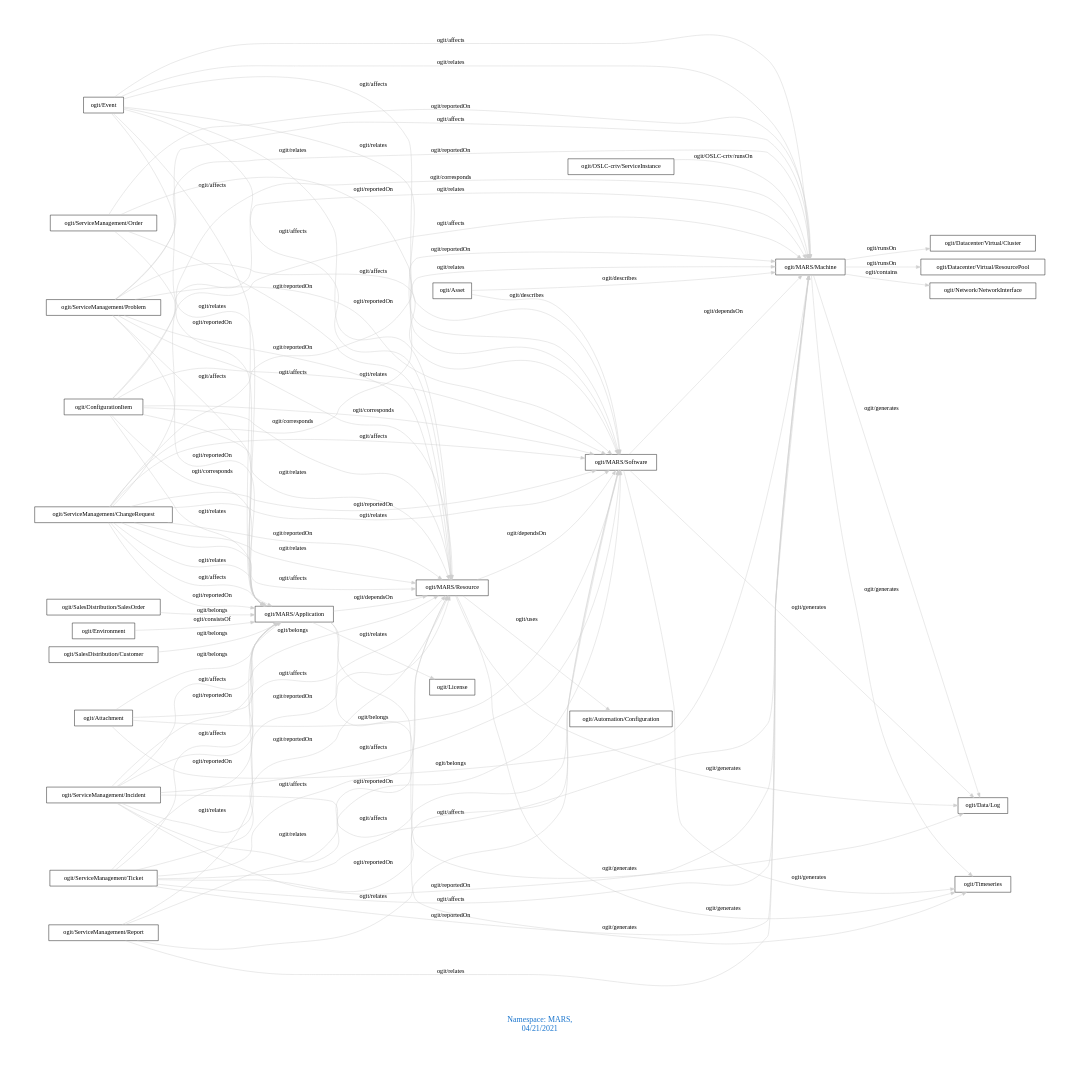
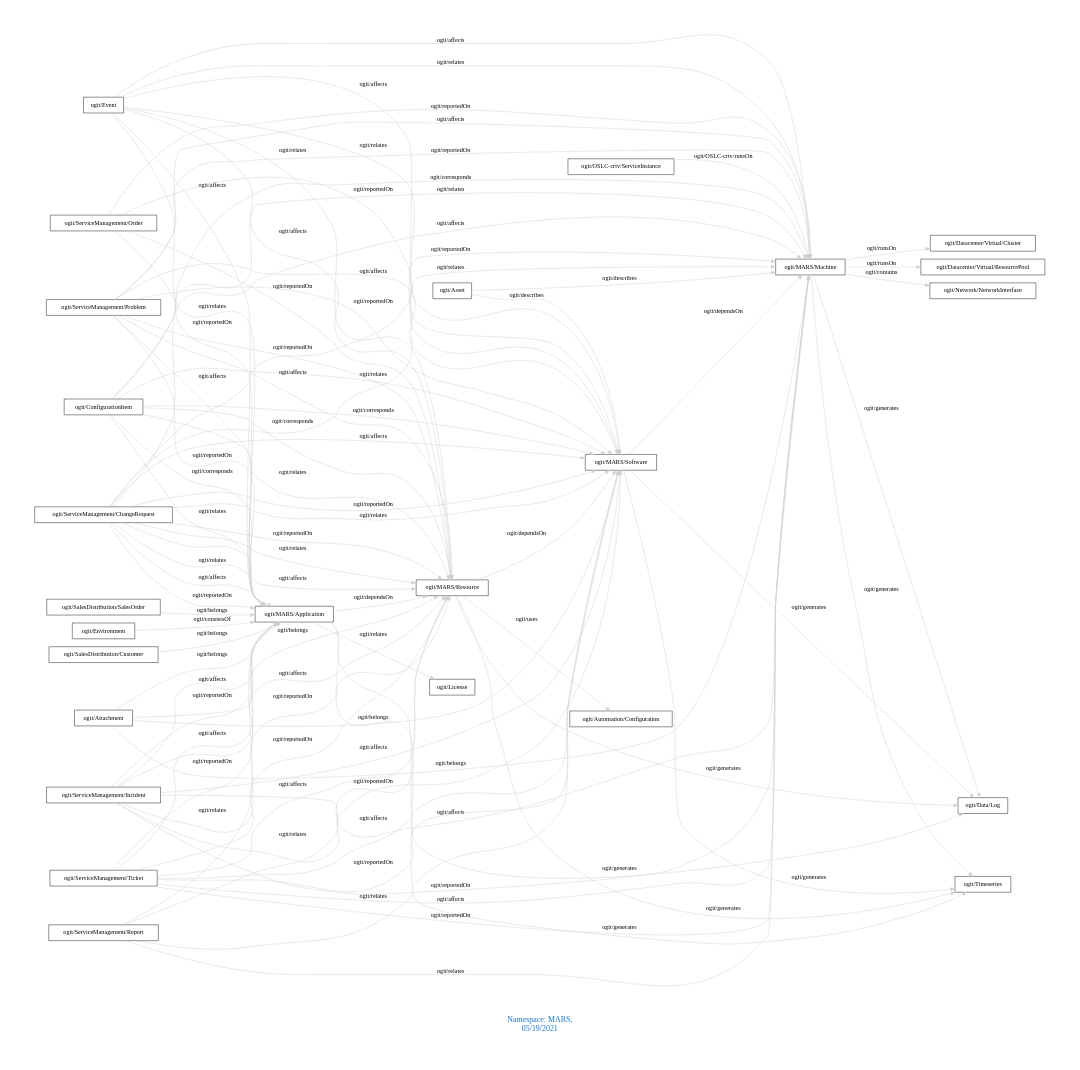
One commit to arago/OGIT changed the diagram in downloads/MARS.dot. Above: the diagram before and after it, drawn with Graphviz. The commit also changed 1878 other files, not shown here.

```diff
--- a/downloads/MARS.dot
+++ b/downloads/MARS.dot
@@ -1,94 +1,94 @@
 digraph OGIT_ontology {
  graph [ rankdir= LR,pad=1 
 fontsize = 18,
-fontcolor= dodgerblue3,label = "\n\n\nNamespace: MARS, \n 04/21/2021"];
+fontcolor= dodgerblue3,label = "\n\n\nNamespace: MARS, \n 05/19/2021"];
 node[shape=polygon];
 edge [  color="gray81"];
 
    "ogit/MARS/Machine" -> "ogit/Network/NetworkInterface" [label="   ogit/contains    "];
    "ogit/MARS/Machine" -> "ogit/Datacenter/Virtual/Cluster" [label="   ogit/runsOn    "];
    "ogit/MARS/Machine" -> "ogit/Datacenter/Virtual/ResourcePool" [label="   ogit/runsOn    "];
    "ogit/MARS/Application" -> "ogit/Data/Log" [label="   ogit/generates    "];
    "ogit/MARS/Application" -> "ogit/Timeseries" [label="   ogit/generates    "];
    "ogit/MARS/Machine" -> "ogit/Data/Log" [label="   ogit/generates    "];
    "ogit/MARS/Machine" -> "ogit/Timeseries" [label="   ogit/generates    "];
    "ogit/MARS/Resource" -> "ogit/Data/Log" [label="   ogit/generates    "];
    "ogit/MARS/Resource" -> "ogit/Timeseries" [label="   ogit/generates    "];
    "ogit/MARS/Software" -> "ogit/Data/Log" [label="   ogit/generates    "];
    "ogit/MARS/Software" -> "ogit/Timeseries" [label="   ogit/generates    "];
    "ogit/Asset" -> "ogit/MARS/Software" [label="   ogit/describes    "];
    "ogit/Asset" -> "ogit/MARS/Machine" [label="   ogit/describes    "];
    "ogit/ConfigurationItem" -> "ogit/MARS/Application" [label="   ogit/corresponds    "];
    "ogit/ConfigurationItem" -> "ogit/MARS/Resource" [label="   ogit/corresponds    "];
    "ogit/ConfigurationItem" -> "ogit/MARS/Software" [label="   ogit/corresponds    "];
    "ogit/ConfigurationItem" -> "ogit/MARS/Machine" [label="   ogit/corresponds    "];
    "ogit/ServiceManagement/ChangeRequest" -> "ogit/MARS/Application" [label="   ogit/affects    "];
    "ogit/ServiceManagement/ChangeRequest" -> "ogit/MARS/Resource" [label="   ogit/affects    "];
    "ogit/ServiceManagement/ChangeRequest" -> "ogit/MARS/Software" [label="   ogit/affects    "];
    "ogit/ServiceManagement/ChangeRequest" -> "ogit/MARS/Machine" [label="   ogit/affects    "];
    "ogit/ServiceManagement/Incident" -> "ogit/MARS/Application" [label="   ogit/affects    "];
    "ogit/ServiceManagement/Incident" -> "ogit/MARS/Resource" [label="   ogit/affects    "];
    "ogit/ServiceManagement/Incident" -> "ogit/MARS/Software" [label="   ogit/affects    "];
    "ogit/ServiceManagement/Incident" -> "ogit/MARS/Machine" [label="   ogit/affects    "];
    "ogit/ServiceManagement/Problem" -> "ogit/MARS/Application" [label="   ogit/affects    "];
    "ogit/ServiceManagement/Problem" -> "ogit/MARS/Resource" [label="   ogit/affects    "];
    "ogit/ServiceManagement/Problem" -> "ogit/MARS/Software" [label="   ogit/affects    "];
    "ogit/ServiceManagement/Problem" -> "ogit/MARS/Machine" [label="   ogit/affects    "];
    "ogit/ServiceManagement/Ticket" -> "ogit/MARS/Application" [label="   ogit/affects    "];
    "ogit/ServiceManagement/Ticket" -> "ogit/MARS/Resource" [label="   ogit/affects    "];
    "ogit/ServiceManagement/Ticket" -> "ogit/MARS/Software" [label="   ogit/affects    "];
    "ogit/ServiceManagement/Ticket" -> "ogit/MARS/Machine" [label="   ogit/affects    "];
    "ogit/Event" -> "ogit/MARS/Application" [label="   ogit/affects    "];
    "ogit/Event" -> "ogit/MARS/Resource" [label="   ogit/affects    "];
    "ogit/Event" -> "ogit/MARS/Software" [label="   ogit/affects    "];
    "ogit/Event" -> "ogit/MARS/Machine" [label="   ogit/affects    "];
    "ogit/OSLC-crtv/ServiceInstance" -> "ogit/MARS/Machine" [label="   ogit/OSLC-crtv/runsOn    "];
    "ogit/MARS/Application" -> "ogit/MARS/Resource" [label="   ogit/dependsOn    "];
    "ogit/MARS/Resource" -> "ogit/MARS/Software" [label="   ogit/dependsOn    "];
    "ogit/MARS/Software" -> "ogit/MARS/Machine" [label="   ogit/dependsOn    "];
    "ogit/SalesDistribution/Customer" -> "ogit/MARS/Application" [label="   ogit/belongs    "];
    "ogit/SalesDistribution/SalesOrder" -> "ogit/MARS/Application" [label="   ogit/belongs    "];
    "ogit/Attachment" -> "ogit/MARS/Machine" [label="   ogit/belongs    "];
    "ogit/Attachment" -> "ogit/MARS/Software" [label="   ogit/belongs    "];
    "ogit/Attachment" -> "ogit/MARS/Resource" [label="   ogit/belongs    "];
    "ogit/Attachment" -> "ogit/MARS/Application" [label="   ogit/belongs    "];
    "ogit/MARS/Resource" -> "ogit/Automation/Configuration" [label="   ogit/uses    "];
    "ogit/ServiceManagement/ChangeRequest" -> "ogit/MARS/Machine" [label="   ogit/reportedOn    "];
    "ogit/ServiceManagement/ChangeRequest" -> "ogit/MARS/Software" [label="   ogit/reportedOn    "];
    "ogit/ServiceManagement/ChangeRequest" -> "ogit/MARS/Resource" [label="   ogit/reportedOn    "];
    "ogit/ServiceManagement/ChangeRequest" -> "ogit/MARS/Application" [label="   ogit/reportedOn    "];
    "ogit/ServiceManagement/Incident" -> "ogit/MARS/Machine" [label="   ogit/reportedOn    "];
    "ogit/ServiceManagement/Incident" -> "ogit/MARS/Software" [label="   ogit/reportedOn    "];
    "ogit/ServiceManagement/Incident" -> "ogit/MARS/Resource" [label="   ogit/reportedOn    "];
    "ogit/ServiceManagement/Incident" -> "ogit/MARS/Application" [label="   ogit/reportedOn    "];
    "ogit/ServiceManagement/Order" -> "ogit/MARS/Machine" [label="   ogit/reportedOn    "];
    "ogit/ServiceManagement/Order" -> "ogit/MARS/Software" [label="   ogit/reportedOn    "];
    "ogit/ServiceManagement/Order" -> "ogit/MARS/Resource" [label="   ogit/reportedOn    "];
    "ogit/ServiceManagement/Order" -> "ogit/MARS/Application" [label="   ogit/reportedOn    "];
    "ogit/ServiceManagement/Problem" -> "ogit/MARS/Machine" [label="   ogit/reportedOn    "];
    "ogit/ServiceManagement/Problem" -> "ogit/MARS/Software" [label="   ogit/reportedOn    "];
    "ogit/ServiceManagement/Problem" -> "ogit/MARS/Resource" [label="   ogit/reportedOn    "];
    "ogit/ServiceManagement/Problem" -> "ogit/MARS/Application" [label="   ogit/reportedOn    "];
    "ogit/ServiceManagement/Ticket" -> "ogit/MARS/Machine" [label="   ogit/reportedOn    "];
    "ogit/ServiceManagement/Ticket" -> "ogit/MARS/Software" [label="   ogit/reportedOn    "];
    "ogit/ServiceManagement/Ticket" -> "ogit/MARS/Resource" [label="   ogit/reportedOn    "];
    "ogit/ServiceManagement/Ticket" -> "ogit/MARS/Application" [label="   ogit/reportedOn    "];
    "ogit/Environment" -> "ogit/MARS/Application" [label="   ogit/consistsOf    "];
    "ogit/MARS/Application" -> "ogit/License" [label="   ogit/relates    "];
    "ogit/ServiceManagement/ChangeRequest" -> "ogit/MARS/Machine" [label="   ogit/relates    "];
    "ogit/ServiceManagement/ChangeRequest" -> "ogit/MARS/Software" [label="   ogit/relates    "];
    "ogit/ServiceManagement/ChangeRequest" -> "ogit/MARS/Resource" [label="   ogit/relates    "];
    "ogit/ServiceManagement/ChangeRequest" -> "ogit/MARS/Application" [label="   ogit/relates    "];
    "ogit/ServiceManagement/Report" -> "ogit/MARS/Machine" [label="   ogit/relates    "];
    "ogit/ServiceManagement/Report" -> "ogit/MARS/Software" [label="   ogit/relates    "];
    "ogit/ServiceManagement/Report" -> "ogit/MARS/Resource" [label="   ogit/relates    "];
    "ogit/ServiceManagement/Report" -> "ogit/MARS/Application" [label="   ogit/relates    "];
    "ogit/ConfigurationItem" -> "ogit/MARS/Machine" [label="   ogit/relates    "];
    "ogit/ConfigurationItem" -> "ogit/MARS/Software" [label="   ogit/relates    "];
    "ogit/ConfigurationItem" -> "ogit/MARS/Resource" [label="   ogit/relates    "];
    "ogit/ConfigurationItem" -> "ogit/MARS/Application" [label="   ogit/relates    "];
    "ogit/Event" -> "ogit/MARS/Machine" [label="   ogit/relates    "];
    "ogit/Event" -> "ogit/MARS/Software" [label="   ogit/relates    "];
    "ogit/Event" -> "ogit/MARS/Resource" [label="   ogit/relates    "];
    "ogit/Event" -> "ogit/MARS/Application" [label="   ogit/relates    "];
 }
```
